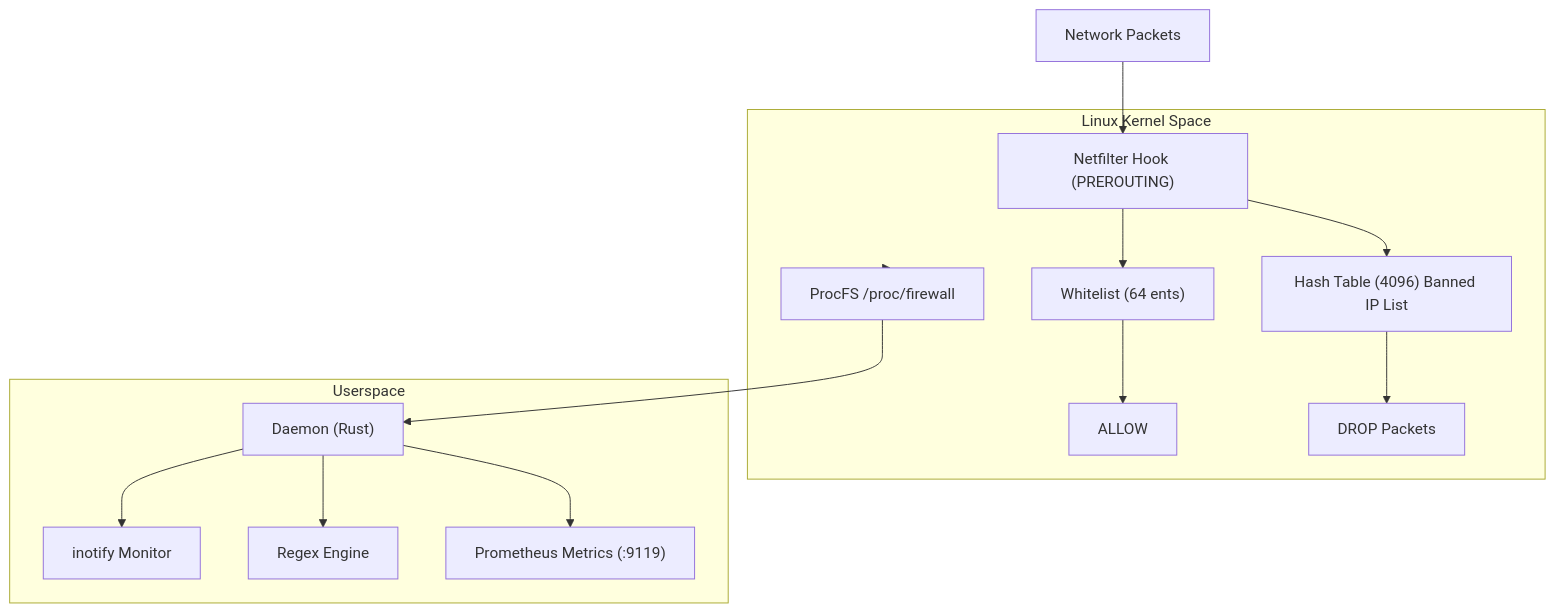
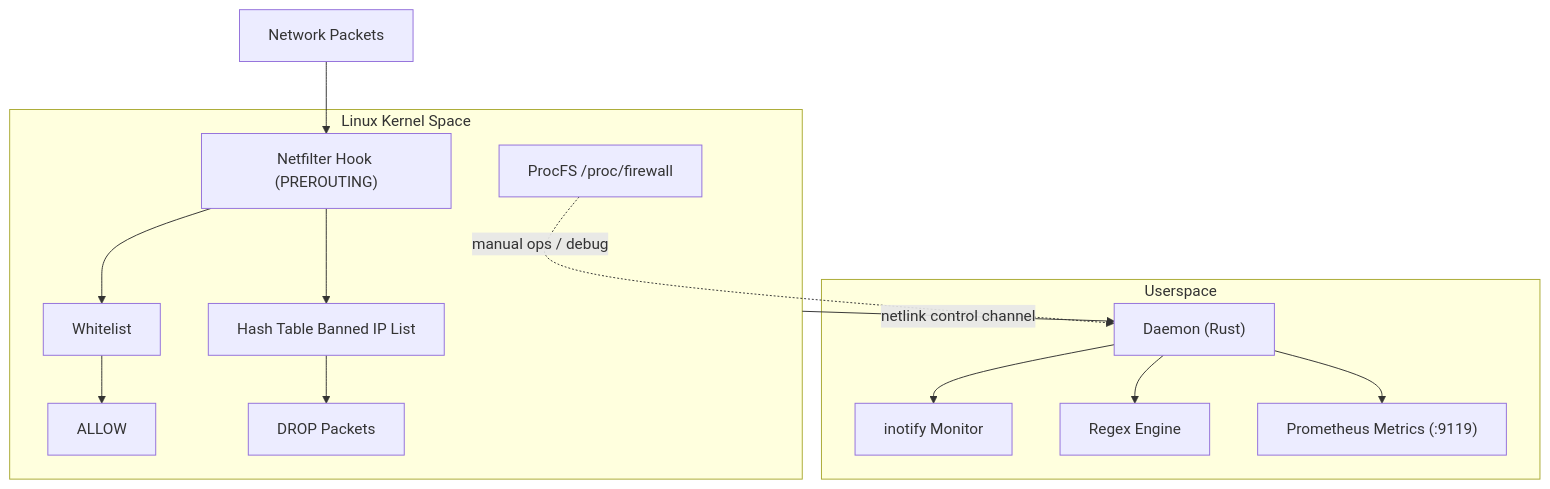
The diagram in docs/en/README.md (SnowCore8/linux-firewall-kmod), drawn with Mermaid before and after one commit. The commit also changed other lines of this file and 22 other files, not shown here.

````diff
--- a/docs/en/README.md
+++ b/docs/en/README.md
@@ -26,32 +26,32 @@
 ```mermaid
 graph TB
     NetworkPackets["Network Packets"] --> NetfilterHook
 
     subgraph KernelSpace["Linux Kernel Space"]
         NetfilterHook["Netfilter Hook (PREROUTING)"]
-        Whitelist["Whitelist (64 ents)"]
-        HashTable["Hash Table (4096) Banned IP List"]
+        Whitelist["Whitelist"]
+        HashTable["Hash Table Banned IP List"]
         Allow["ALLOW"]
         Drop["DROP Packets"]
         ProcFS["ProcFS /proc/firewall"]
 
         NetfilterHook --> Whitelist
         NetfilterHook --> HashTable
         Whitelist --> Allow
         HashTable --> Drop
     end
 
     subgraph Userspace["Userspace"]
         Daemon["Daemon (Rust)"]
         Inotify["inotify Monitor"]
         Regex["Regex Engine"]
         Prometheus["Prometheus Metrics (:9119)"]
 
         Daemon --> Inotify
         Daemon --> Regex
         Daemon --> Prometheus
     end
 
-    KernelSpace --> ProcFS
-    ProcFS --> Daemon
+    KernelSpace -->|netlink control channel| Daemon
+    ProcFS -.->|manual ops / debug| Daemon
 ```
````
